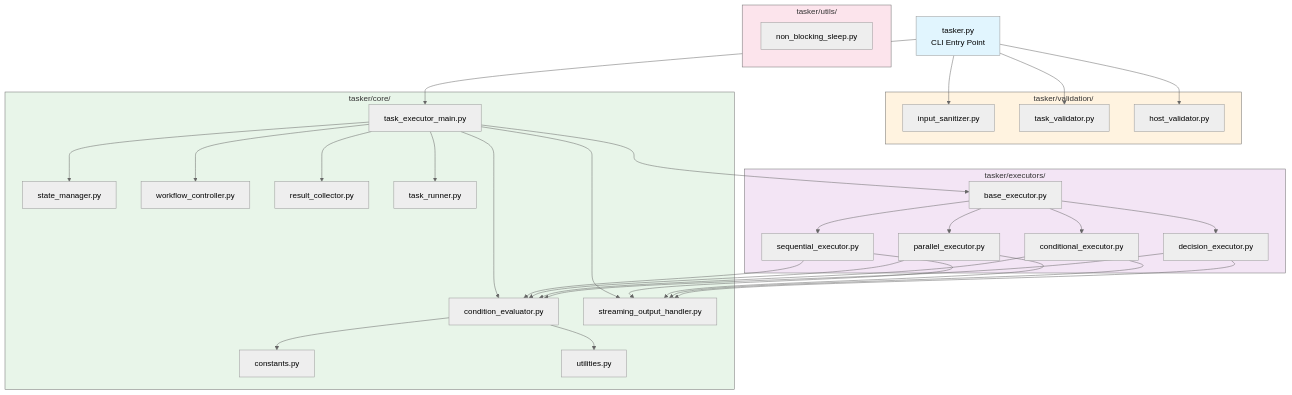
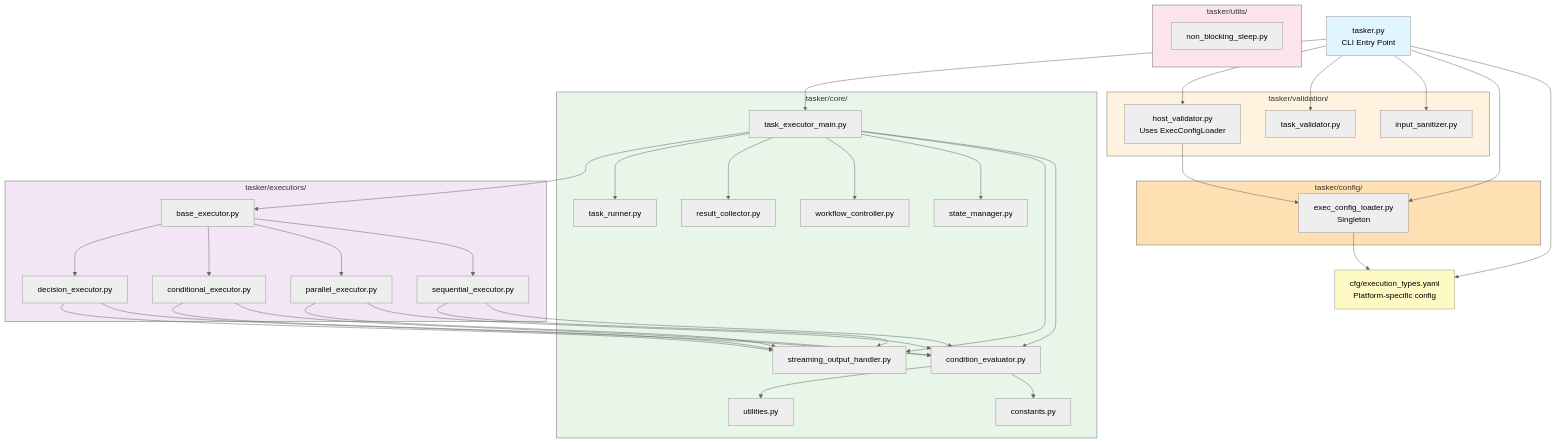
Before and after one commit to bastelbude1/Tasker: the fourth of 8 diagrams in ARCHITECTURE_MERMAID.md, drawn with Mermaid (neutral theme). The commit also changed other lines of this file and 1 other file, not shown here.

First line of the commit message:
docs: Add config-based execution type system to architecture docs

````diff
--- a/ARCHITECTURE_MERMAID.md
+++ b/ARCHITECTURE_MERMAID.md
@@ -157,70 +170,81 @@
 ```mermaid
 graph TB
     CLI[tasker.py<br/>CLI Entry Point]
+    CfgYAML[cfg/execution_types.yaml<br/>Platform-specific config]
+
+    subgraph Config["tasker/config/"]
+        ExecLoader[exec_config_loader.py<br/>Singleton]
+    end
 
     subgraph Validation["tasker/validation/"]
         InputSan[input_sanitizer.py]
         TaskVal[task_validator.py]
-        HostVal[host_validator.py]
+        HostVal[host_validator.py<br/>Uses ExecConfigLoader]
     end
 
     subgraph Core["tasker/core/"]
         TaskExec[task_executor_main.py]
         CondEval[condition_evaluator.py]
         StreamOut[streaming_output_handler.py]
         StateManager[state_manager.py]
         WorkflowCtrl[workflow_controller.py]
         ResultColl[result_collector.py]
         TaskRunner[task_runner.py]
         Constants[constants.py]
         Utilities[utilities.py]
     end
 
     subgraph Executors["tasker/executors/"]
         BaseExec[base_executor.py]
         SeqExec[sequential_executor.py]
         ParExec[parallel_executor.py]
         CondExec[conditional_executor.py]
         DecExec[decision_executor.py]
     end
 
     subgraph Utils["tasker/utils/"]
         NonBlockSleep[non_blocking_sleep.py]
     end
 
+    CLI --> CfgYAML
+    CLI --> ExecLoader
     CLI --> InputSan
     CLI --> TaskVal
     CLI --> HostVal
     CLI --> TaskExec
+    ExecLoader --> CfgYAML
+    HostVal --> ExecLoader
 
     TaskExec --> CondEval
     TaskExec --> StreamOut
     TaskExec --> StateManager
     TaskExec --> WorkflowCtrl
     TaskExec --> ResultColl
     TaskExec --> TaskRunner
     TaskExec --> BaseExec
 
     CondEval --> Constants
     CondEval --> Utilities
 
     BaseExec --> SeqExec
     BaseExec --> ParExec
     BaseExec --> CondExec
     BaseExec --> DecExec
 
     SeqExec --> CondEval
     SeqExec --> StreamOut
     ParExec --> CondEval
     ParExec --> StreamOut
     CondExec --> CondEval
     CondExec --> StreamOut
     DecExec --> CondEval
     DecExec --> StreamOut
 
     style CLI fill:#e1f5fe
+    style CfgYAML fill:#fff9c4
+    style Config fill:#ffe0b2
     style Validation fill:#fff3e0
     style Core fill:#e8f5e9
     style Executors fill:#f3e5f5
     style Utils fill:#fce4ec
 ```
````
